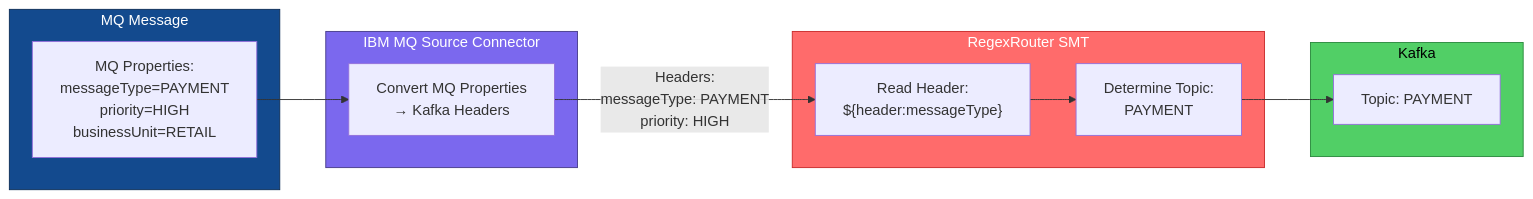
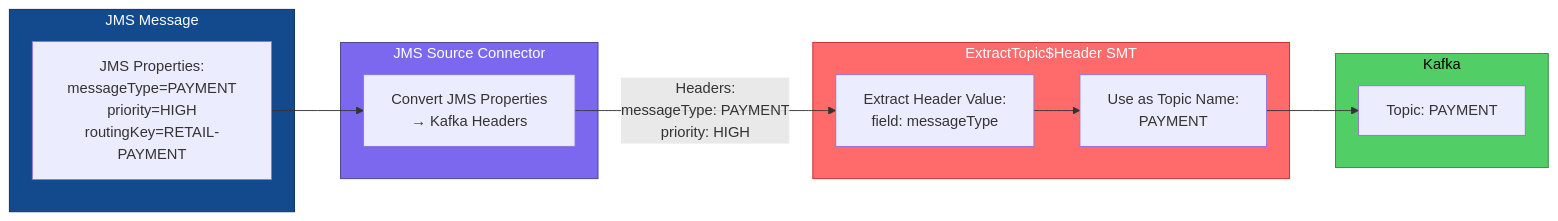
The diagram in diagrams/smt-routing.mmd (confluentinc/ibmmq-smt-message-router), drawn with Mermaid before and after one commit. The commit also changed 16 other files, not shown here.

First line of the commit message:
Add multi-provider JMS support (IBM MQ, ActiveMQ, Artemis) (#7)

```diff
--- a/diagrams/smt-routing.mmd
+++ b/diagrams/smt-routing.mmd
@@ -1,29 +1,29 @@
 %% SMT Routing Logic - Simplified Diagram
 
 flowchart LR
-    subgraph mq["MQ Message"]
-        props["MQ Properties:<br/>messageType=PAYMENT<br/>priority=HIGH<br/>businessUnit=RETAIL"]
+    subgraph jms["JMS Message"]
+        props["JMS Properties:<br/>messageType=PAYMENT<br/>priority=HIGH<br/>routingKey=RETAIL-PAYMENT"]
     end
 
-    subgraph connector["IBM MQ Source Connector"]
-        convert["Convert MQ Properties<br/>→ Kafka Headers"]
+    subgraph connector["JMS Source Connector"]
+        convert["Convert JMS Properties<br/>→ Kafka Headers"]
     end
 
-    subgraph smt["RegexRouter SMT"]
-        read["Read Header:<br/>${header:messageType}"]
-        determine["Determine Topic:<br/>PAYMENT"]
+    subgraph smt["ExtractTopic$Header SMT"]
+        read["Extract Header Value:<br/>field: messageType"]
+        determine["Use as Topic Name:<br/>PAYMENT"]
     end
 
     subgraph kafka["Kafka"]
         topic["Topic: PAYMENT"]
     end
 
     props --> convert
     convert -->|"Headers:<br/>messageType: PAYMENT<br/>priority: HIGH"| read
     read --> determine
     determine --> topic
 
-    style mq fill:#134a8e,stroke:#0c2d57,color:#fff
+    style jms fill:#134a8e,stroke:#0c2d57,color:#fff
     style connector fill:#7b68ee,stroke:#483d8b,color:#fff
     style smt fill:#ff6b6b,stroke:#c92a2a,color:#fff
     style kafka fill:#51cf66,stroke:#2b8a3e,color:#000
```
